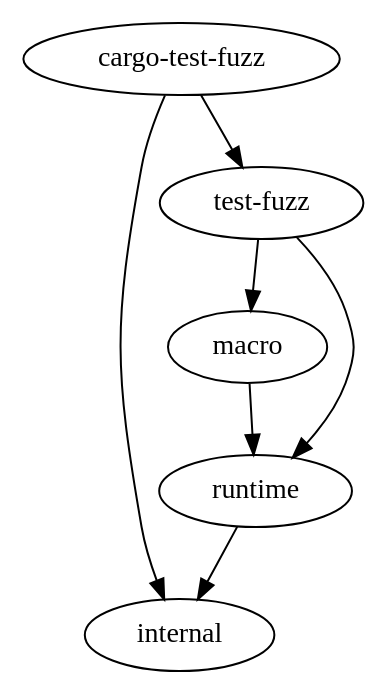
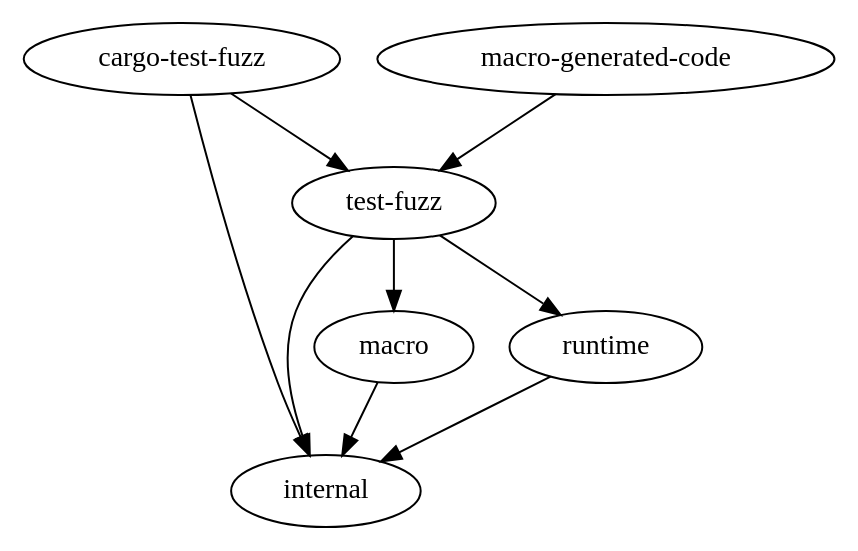
One commit to trailofbits/test-fuzz changed the diagram in doc/crates.dot. Above: the diagram before and after it, drawn with Graphviz. The commit also changed 12 other files, not shown here.

```diff
--- a/doc/crates.dot
+++ b/doc/crates.dot
@@ -1,8 +1,10 @@
 digraph {
     "cargo-test-fuzz" -> "internal"
     "cargo-test-fuzz" -> "test-fuzz"
-    "macro" -> "runtime"
+    "macro" -> "internal"
+    "macro-generated-code" -> "test-fuzz"
     "runtime" -> "internal"
+    "test-fuzz" -> "internal"
     "test-fuzz" -> "runtime"
     "test-fuzz" -> "macro"
 }
```
